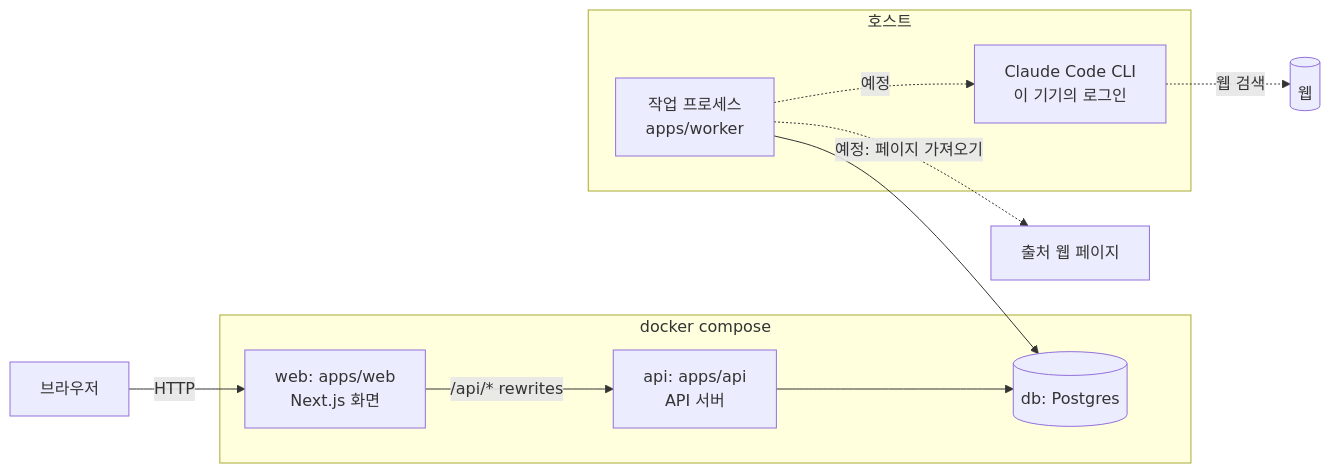
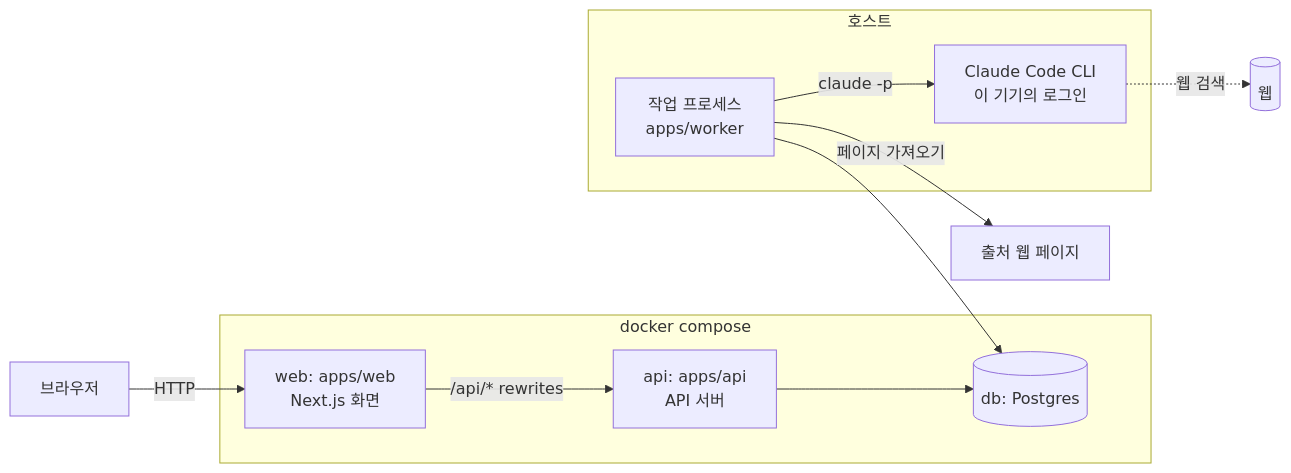
The first of 6 diagrams in docs/architecture.md (Changsik00/inkle), drawn with Mermaid before and after one commit. The commit also changed other lines of this file and 43 other files, not shown here.

````diff
--- a/docs/architecture.md
+++ b/docs/architecture.md
@@ -9,19 +9,19 @@
 ```mermaid
 flowchart LR
     B[브라우저] -->|HTTP| WEB
     subgraph compose[docker compose]
         WEB[web: apps/web<br/>Next.js 화면]
         API[api: apps/api<br/>API 서버]
         DB[(db: Postgres)]
     end
     subgraph host[호스트]
         WK[작업 프로세스<br/>apps/worker]
         CLI[Claude Code CLI<br/>이 기기의 로그인]
     end
     WEB -->|/api/* rewrites| API
     API --> DB
     WK --> DB
-    WK -.->|예정| CLI
-    WK -.->|예정: 페이지 가져오기| EXT[출처 웹 페이지]
+    WK -->|claude -p| CLI
+    WK -->|페이지 가져오기| EXT[출처 웹 페이지]
     CLI -.->|웹 검색| NET[(웹)]
 ```
````
